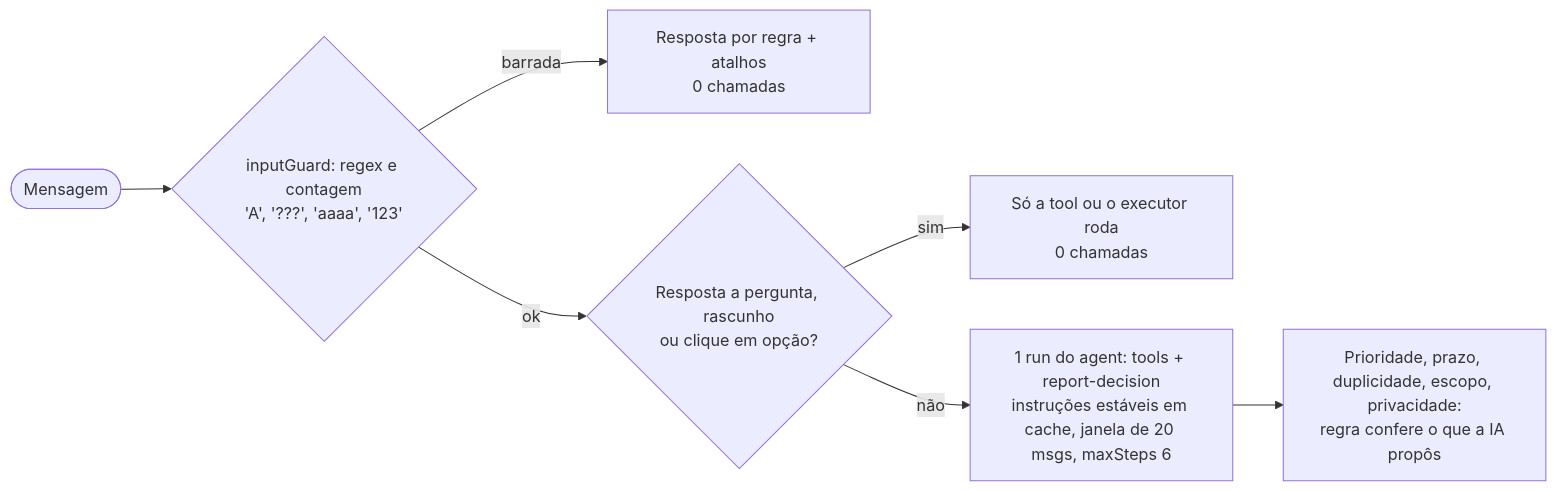
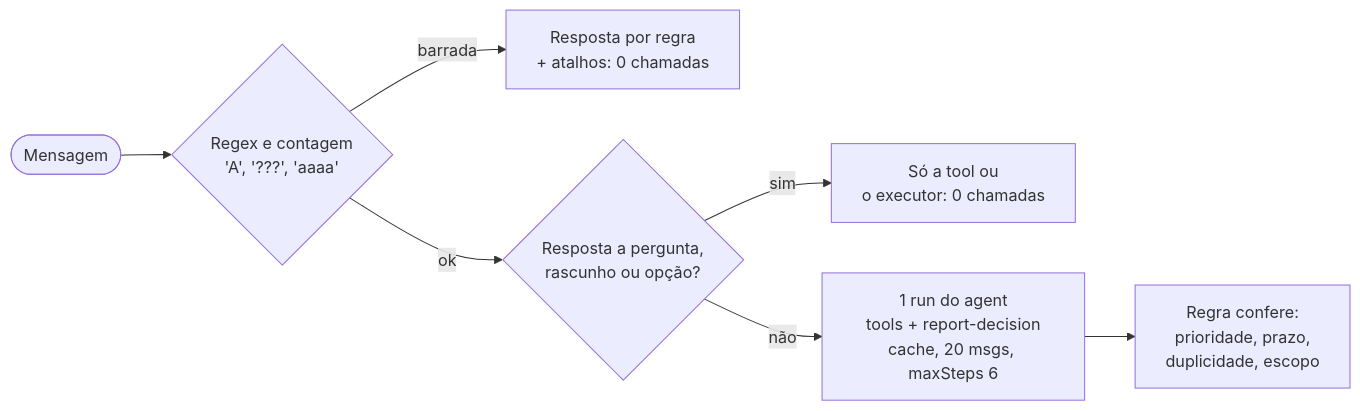
Before and after one commit to renansko/teste_nexo: the fourth of 8 diagrams in README.md, drawn with Mermaid. The commit also changed other lines of this file, not shown here.

Commit message:
docs(readme): tabela de logins de teste por papel; rótulos curtos com quebra de linha nos diagramas (texto cortado na renderização)

````diff
--- a/README.md
+++ b/README.md
@@ -90,9 +103,9 @@
 ```mermaid
 flowchart LR
-    M([Mensagem]) --> G{"inputGuard: regex e contagem<br/>'A', '???', 'aaaa', '123'"}
-    G -- barrada --> R0["Resposta por regra + atalhos<br/>0 chamadas"]
-    G -- ok --> P{"Resposta a pergunta, rascunho<br/>ou clique em opção?"}
-    P -- sim --> R1["Só a tool ou o executor roda<br/>0 chamadas"]
-    P -- não --> LLM["1 run do agent: tools + report-decision<br/>instruções estáveis em cache, janela de 20 msgs, maxSteps 6"]
-    LLM --> D["Prioridade, prazo, duplicidade, escopo, privacidade:<br/>regra confere o que a IA propôs"]
+    M(["Mensagem"]) --> G{"Regex e contagem<br/>'A', '???', 'aaaa'"}
+    G -- barrada --> R0["Resposta por regra<br/>+ atalhos: 0 chamadas"]
+    G -- ok --> P{"Resposta a pergunta,<br/>rascunho ou opção?"}
+    P -- sim --> R1["Só a tool ou<br/>o executor: 0 chamadas"]
+    P -- não --> LLM["1 run do agent<br/>tools + report-decision<br/>cache, 20 msgs, maxSteps 6"]
+    LLM --> D["Regra confere:<br/>prioridade, prazo,<br/>duplicidade, escopo"]
 ```
````
